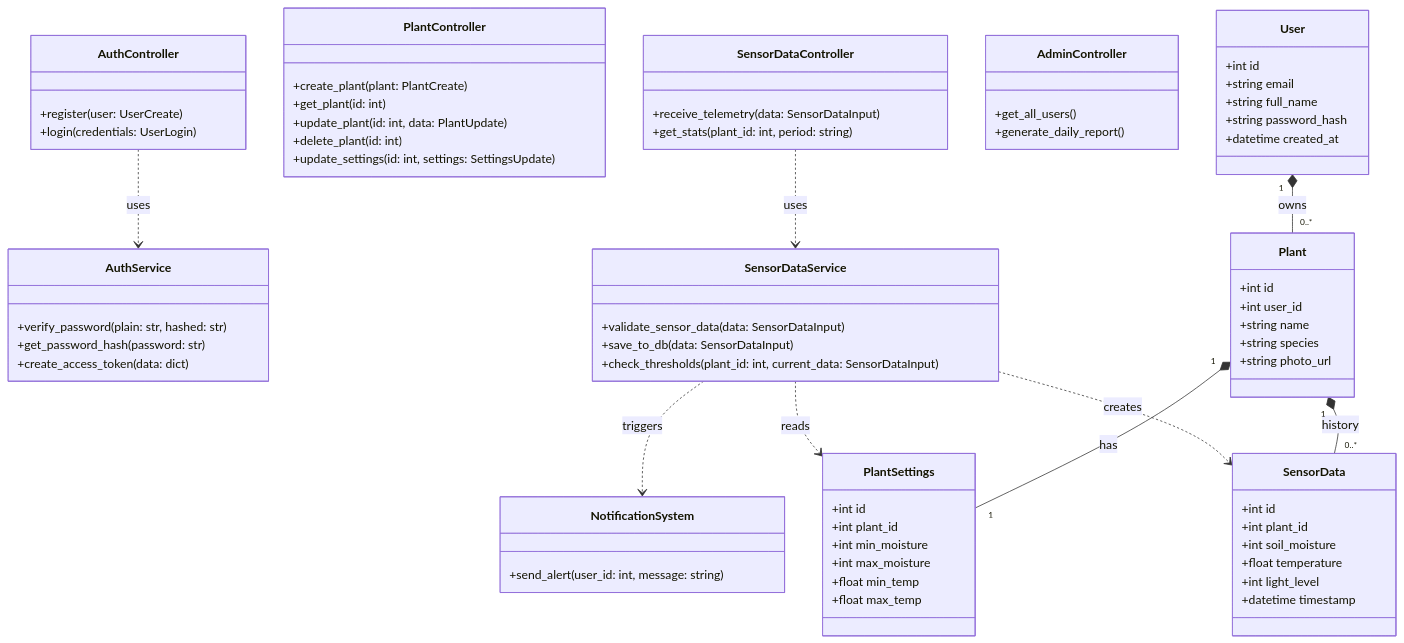
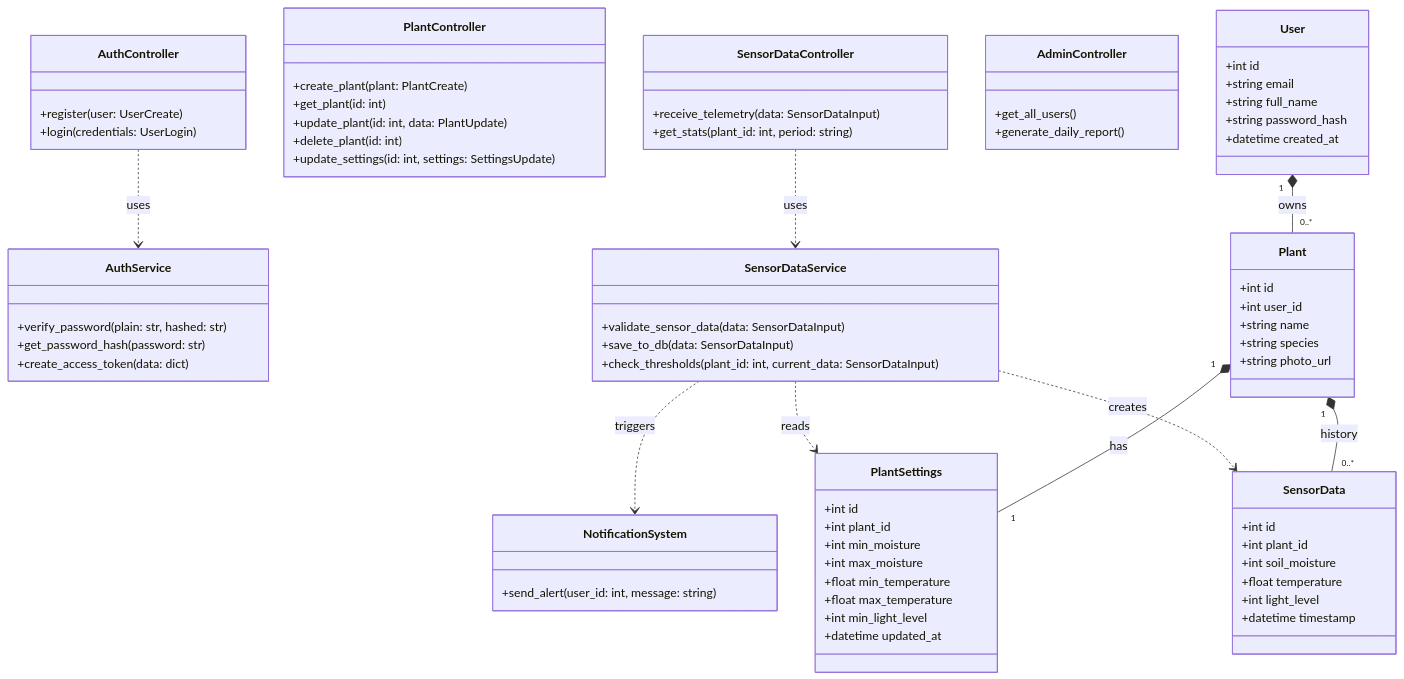
Before and after one commit to NureTkachLeonid/ark-pzpi-23-5-tkach-leonid: the diagram in Lab2/pzpi-23-5-tkach-leonid-lab2/diagram_instructions.md, drawn with Mermaid.

Commit message:
docs: align Diagram class fields with models.py code

```diff
--- a/Lab2/pzpi-23-5-tkach-leonid-lab2/diagram_instructions.md
+++ b/Lab2/pzpi-23-5-tkach-leonid-lab2/diagram_instructions.md
@@ -86,8 +86,10 @@
         +int plant_id
         +int min_moisture
         +int max_moisture
-        +float min_temp
-        +float max_temp
+        +float min_temperature
+        +float max_temperature
+        +int min_light_level
+        +datetime updated_at
     }
 
     class SensorData {
```
